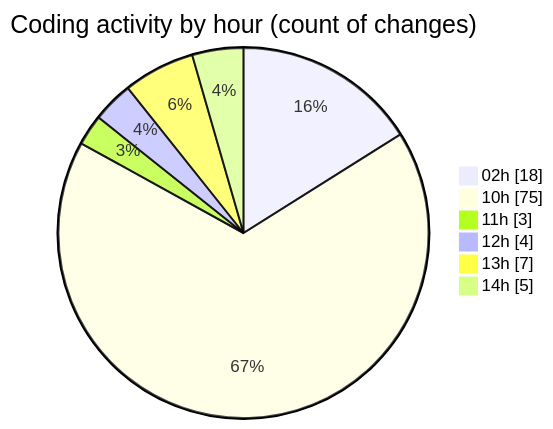
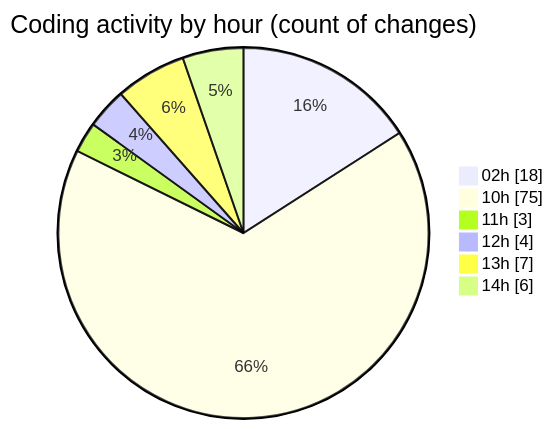
The second of 2 diagrams in 2026-07-08/twenty_versions_aminor/README.md (shibass792/code-tracking), drawn with Mermaid before and after one commit. The commit also changed other lines of this file and 1 other file, not shown here.

````diff
--- a/2026-07-08/twenty_versions_aminor/README.md
+++ b/2026-07-08/twenty_versions_aminor/README.md
@@ -36,10 +37,10 @@
 ```mermaid
 pie showData
 title Coding activity by hour (count of changes)
 "02h" : 18
 "10h" : 75
 "11h" : 3
 "12h" : 4
 "13h" : 7
-"14h" : 5
+"14h" : 6
 ```
````
